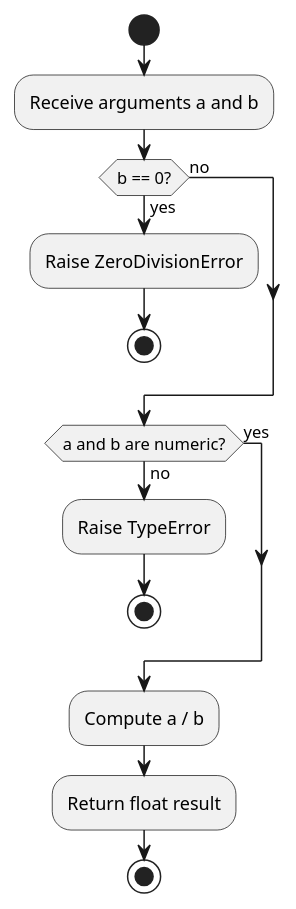
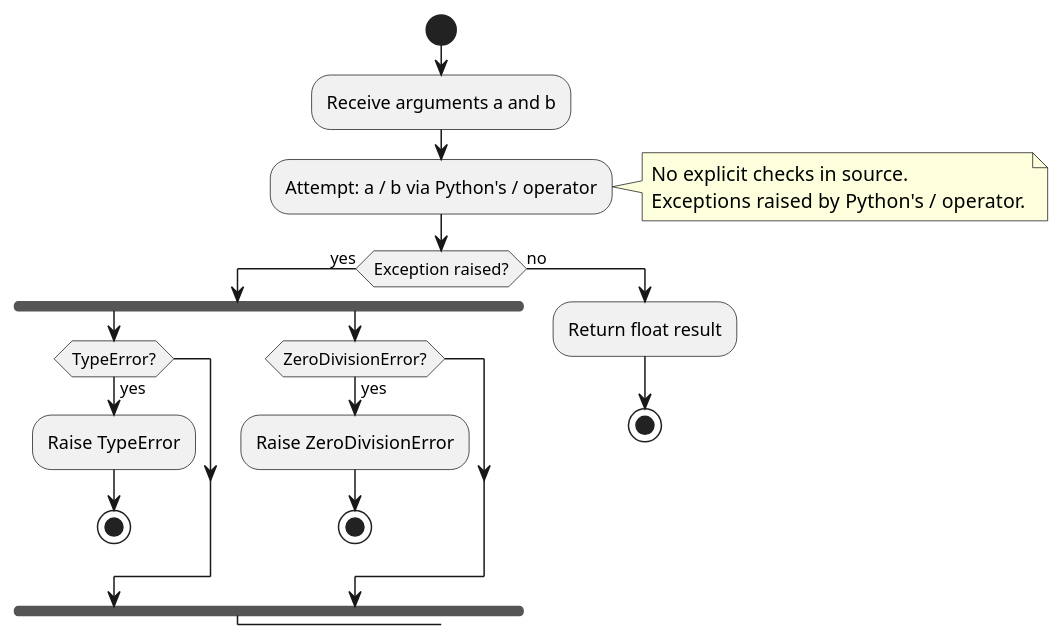
The diagram in artifacts/activity_diagram_divide.puml (DanielRiha8906/Calculator_bachelor_autoevolution_team), drawn with PlantUML before and after one commit. The commit also changed 3 other files, not shown here.

First line of the commit message:
docs: update PlantUML diagrams for full calculator test suite

```diff
--- a/artifacts/activity_diagram_divide.puml
+++ b/artifacts/activity_diagram_divide.puml
@@ -1,25 +1,30 @@
 @startuml activity_diagram_divide
 
 start
 
 :Receive arguments a and b;
 
-if (b == 0?) then (yes)
-    :Raise ZeroDivisionError;
+:Attempt: a / b via Python's / operator;
+note right
+  No explicit checks in source.
+  Exceptions raised by Python's / operator.
+end note
+
+if (Exception raised?) then (yes)
+    fork
+        if (TypeError?) then (yes)
+            :Raise TypeError;
+            stop
+        endif
+    fork again
+        if (ZeroDivisionError?) then (yes)
+            :Raise ZeroDivisionError;
+            stop
+        endif
+    end fork
+else (no)
+    :Return float result;
     stop
-else (no)
 endif
 
-if (a and b are numeric?) then (no)
-    :Raise TypeError;
-    stop
-else (yes)
-endif
-
-:Compute a / b;
-
-:Return float result;
-
-stop
-
 @enduml
```
